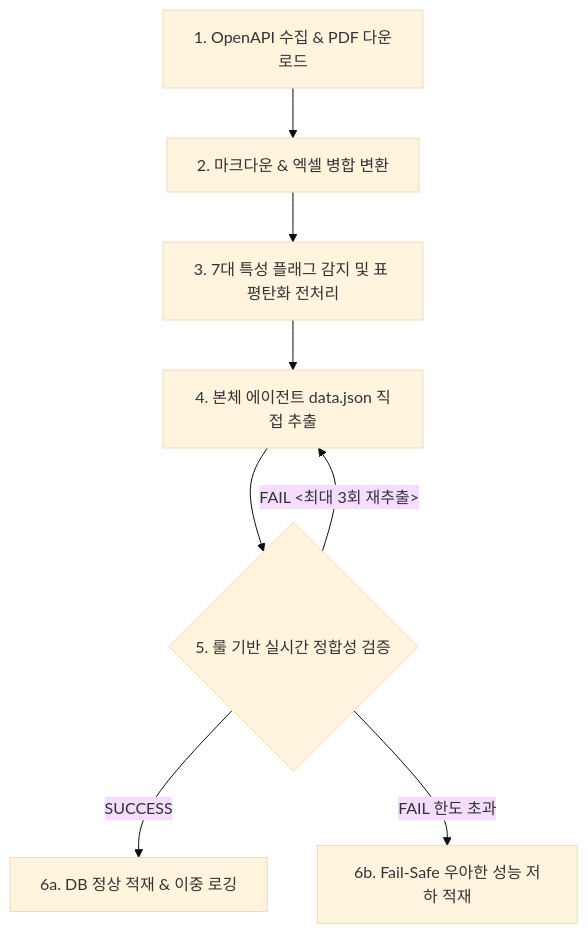
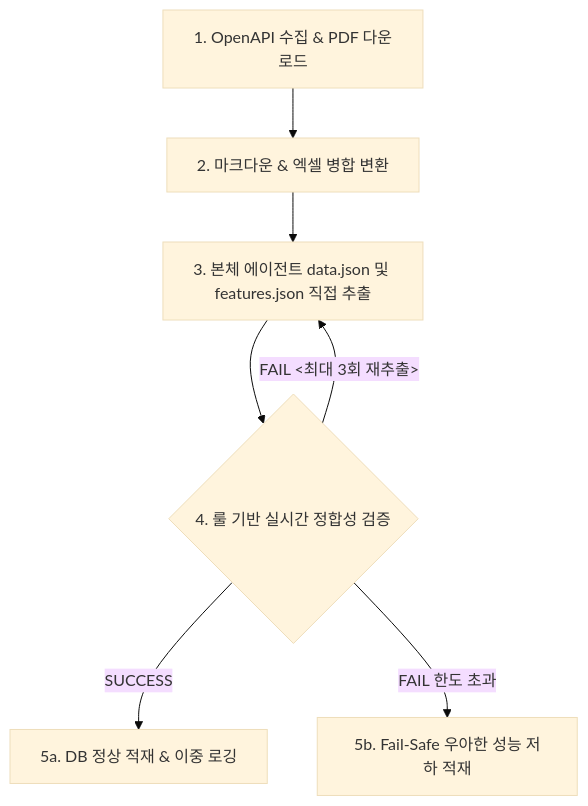
Before and after one commit to JaeMin1130/pleasehome: the diagram in backend/PROJECT.md, drawn with Mermaid (base theme). The commit also changed other lines of this file and 2 other files, not shown here.

Commit message:
feat(db): room_type 정합성 검증 강화 및 관련 문서 현행화

````diff
--- a/backend/PROJECT.md
+++ b/backend/PROJECT.md
@@ -62,10 +60,9 @@
 ```mermaid
 graph TD
     A[1. OpenAPI 수집 & PDF 다운로드] --> B[2. 마크다운 & 엑셀 병합 변환]
-    B --> C[3. 7대 특성 플래그 감지 및 표 평탄화 전처리]
-    C --> D[4. 본체 에이전트 data.json 직접 추출]
-    D --> E{5. 룰 기반 실시간 정합성 검증}
-    E -- SUCCESS --> F[6a. DB 정상 적재 & 이중 로깅]
-    E -- FAIL <최대 3회 재추출> --> D
-    E -- FAIL 한도 초과 --> G[6b. Fail-Safe 우아한 성능 저하 적재]
+    B --> C[3. 본체 에이전트 data.json 및 features.json 직접 추출]
+    C --> D{4. 룰 기반 실시간 정합성 검증}
+    D -- SUCCESS --> E[5a. DB 정상 적재 & 이중 로깅]
+    D -- FAIL <최대 3회 재추출> --> C
+    D -- FAIL 한도 초과 --> F[5b. Fail-Safe 우아한 성능 저하 적재]
 ```
````
